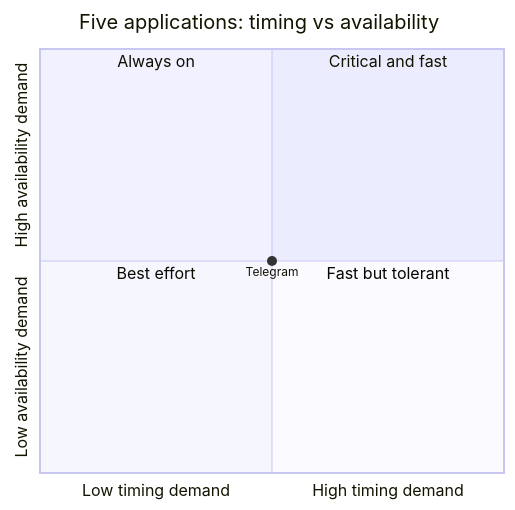
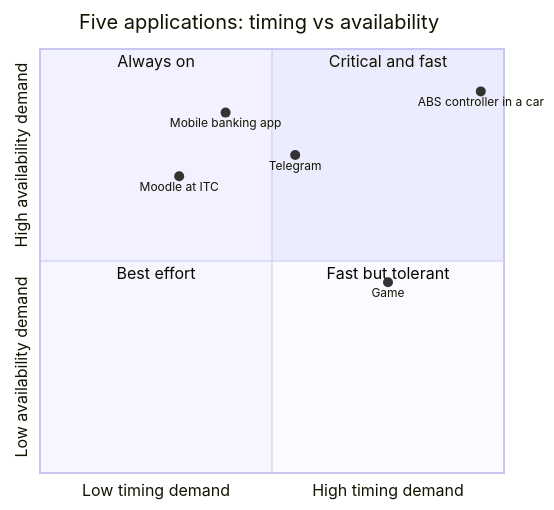
Before and after one commit to sovanvisal7-svg/Clubhub-CodeHater: the diagram in lab02/app-quadrant.mmd, drawn with Mermaid.

Commit message:
quadrant chart done

```diff
--- a/lab02/app-quadrant.mmd
+++ b/lab02/app-quadrant.mmd
@@ -1,10 +1,13 @@
 quadrantChart
-  title Five applications: timing vs availability
-  x-axis Low timing demand --> High timing demand
-  y-axis Low availability demand --> High availability demand
-  quadrant-1 Critical and fast
-  quadrant-2 Always on
-  quadrant-3 Best effort
-  quadrant-4 Fast but tolerant
-  Telegram: [0.50, 0.50]
-  %% TODO: move Telegram, then add the other four (values 0 to 1)
+    title Five applications: timing vs availability
+    x-axis Low timing demand --> High timing demand
+    y-axis Low availability demand --> High availability demand
+    quadrant-1 Critical and fast
+    quadrant-2 Always on
+    quadrant-3 Best effort
+    quadrant-4 Fast but tolerant
+    Telegram: [0.55, 0.75]
+    ABS controller in a car: [0.95, 0.90]
+    Mobile banking app: [0.40, 0.85]
+    Moodle at ITC: [0.30, 0.70]
+    Game: [0.75, 0.45]
```
